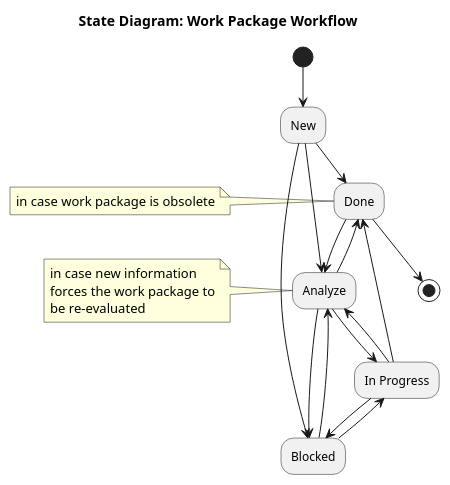
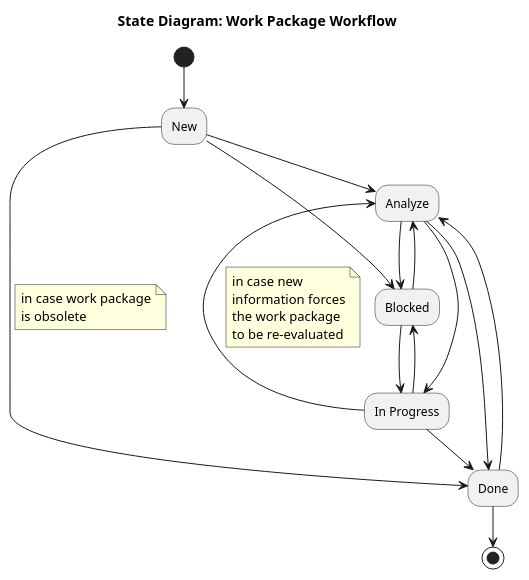
The diagram in docs/platform_management_plan/_assets/work_packages_workflow.puml (eclipse-score/score), drawn with PlantUML before and after one commit.

Commit message:
improve formatting of puml

```diff
--- a/docs/platform_management_plan/_assets/work_packages_workflow.puml
+++ b/docs/platform_management_plan/_assets/work_packages_workflow.puml
@@ -1,37 +1,39 @@
 @startuml
 title State Diagram: Work Package Workflow
 
 (*) --> "New"
 
 ' New State
 "New" --> "Analyze"
 "New" --> "Blocked"
 "New" --> "Done"
-    note left
-        in case work package is obsolete
+    note on link
+        in case work package
+        is obsolete
     end note
 
 ' Analyze State
 "Analyze" --> "In Progress"
 "Analyze" --> "Blocked"
 "Analyze" --> "Done"
 
 ' In Progress State
 "In Progress" --> "Analyze"
-    note left
-        in case new information
-        forces the work package to
-        be re-evaluated
+    note on link
+        in case new
+        information forces
+        the work package
+        to be re-evaluated
     end note
 "In Progress" --> "Blocked"
 "In Progress" --> "Done"
 
 ' Blocked State
 "Blocked" --> "Analyze"
 "Blocked" --> "In Progress"
 
 ' Done State
 "Done" --> "Analyze"
 "Done" --> (*)
 
 @enduml
```
